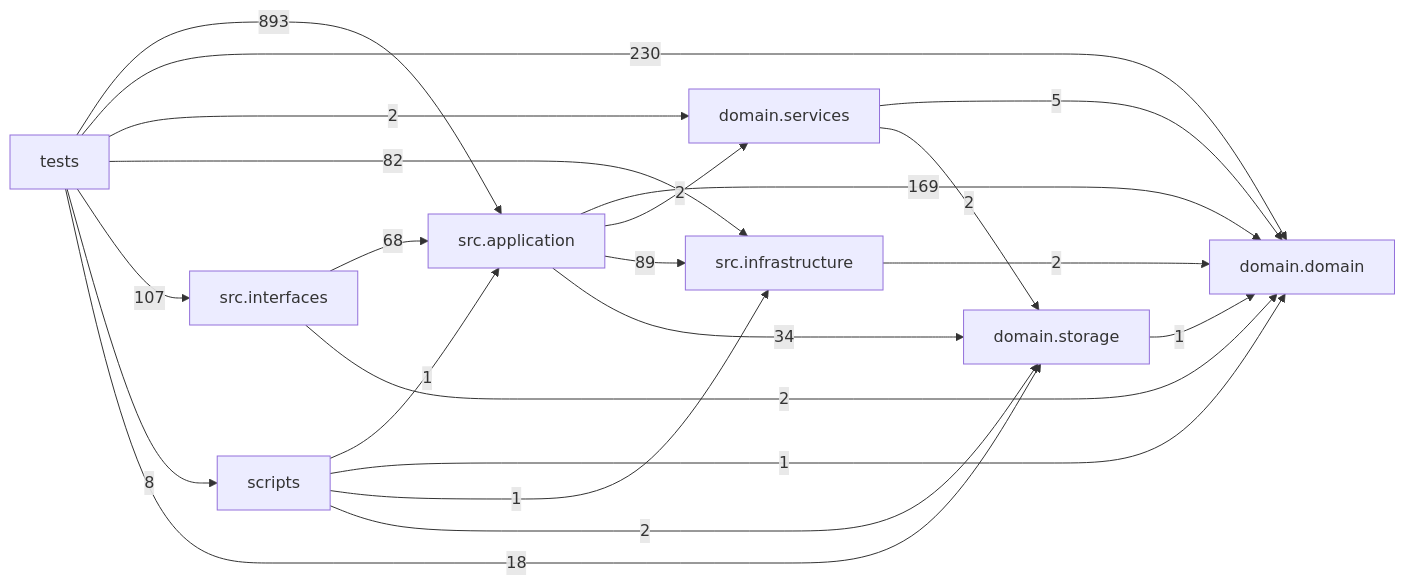
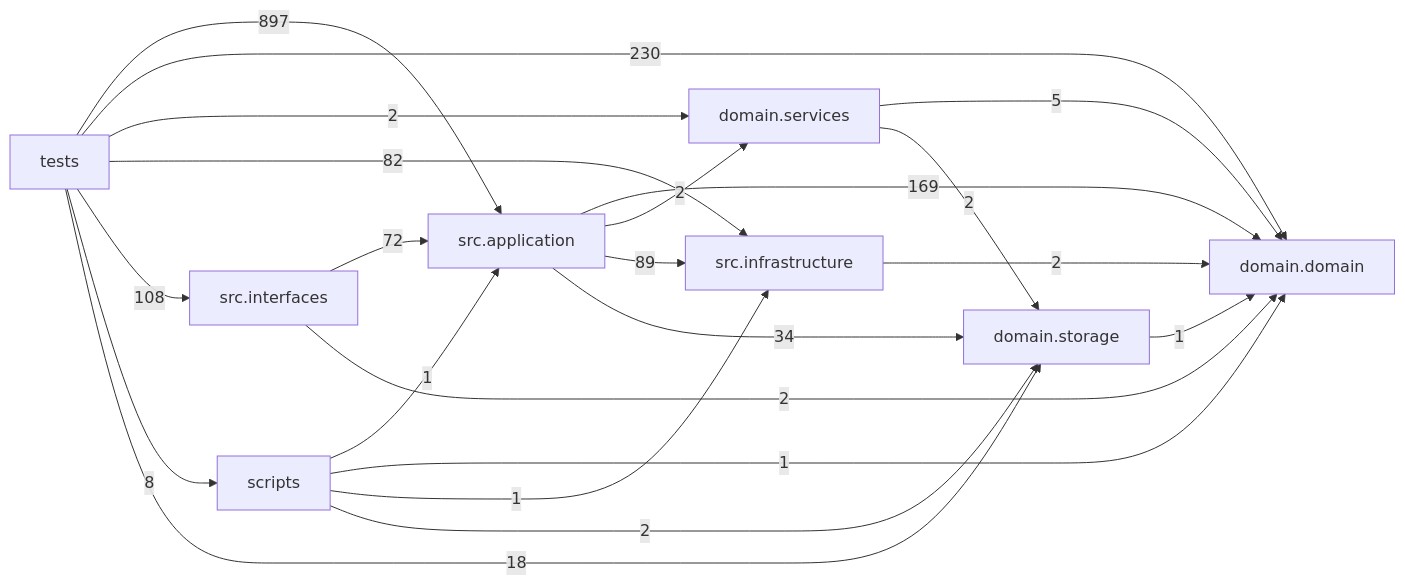
One commit to liuxie066/options-monitor changed the diagram in docs/DEPENDENCY_GRAPH.md. Above: the diagram before and after it, drawn with Mermaid. The commit also changed other lines of this file and 76 other files, not shown here.

````diff
--- a/docs/DEPENDENCY_GRAPH.md
+++ b/docs/DEPENDENCY_GRAPH.md
@@ -24,32 +24,32 @@
 ```mermaid
 flowchart LR
   tests["tests"]
   scripts["scripts"]
   interfaces["src.interfaces"]
   application["src.application"]
   infrastructure["src.infrastructure"]
   domain_services["domain.services"]
   domain["domain.domain"]
   storage["domain.storage"]
   application -->|169| domain
   application -->|2| domain_services
   application -->|89| infrastructure
   application -->|34| storage
   domain_services -->|5| domain
   domain_services -->|2| storage
   infrastructure -->|2| domain
-  interfaces -->|68| application
+  interfaces -->|72| application
   interfaces -->|2| domain
   scripts -->|1| application
   scripts -->|1| domain
   scripts -->|1| infrastructure
   scripts -->|2| storage
   storage -->|1| domain
-  tests -->|893| application
+  tests -->|897| application
   tests -->|230| domain
   tests -->|2| domain_services
   tests -->|82| infrastructure
-  tests -->|107| interfaces
+  tests -->|108| interfaces
   tests -->|8| scripts
   tests -->|18| storage
 ```
````
